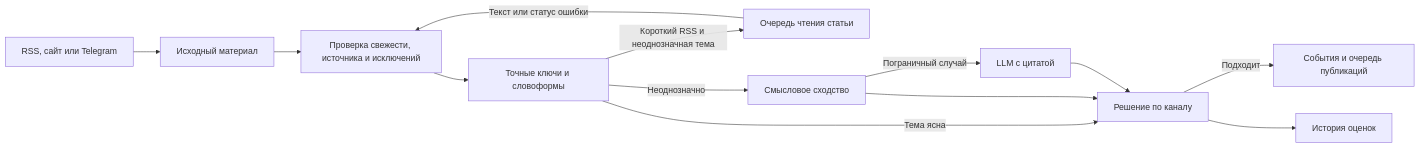
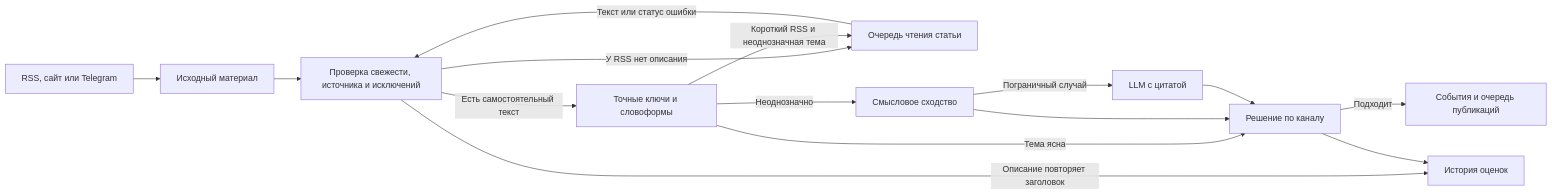
One commit to Kosmos440/smm_ag changed the diagram in docs/topic-classification.md. Above: the diagram before and after it, drawn with Mermaid. The commit also changed other lines of this file and 13 other files, not shown here.

````diff
--- a/docs/topic-classification.md
+++ b/docs/topic-classification.md
@@ -5,15 +5,17 @@
 ```mermaid
 flowchart LR
     A[RSS, сайт или Telegram] --> B[Исходный материал]
     B --> C[Проверка свежести, источника и исключений]
-    C --> D[Точные ключи и словоформы]
+    C -->|Есть самостоятельный текст| D[Точные ключи и словоформы]
+    C -->|Описание повторяет заголовок| J
+    C -->|У RSS нет описания| E
     D -->|Короткий RSS и неоднозначная тема| E[Очередь чтения статьи]
     E -->|Текст или статус ошибки| C
     D -->|Тема ясна| H[Решение по каналу]
     D -->|Неоднозначно| F[Смысловое сходство]
     F -->|Пограничный случай| G[LLM с цитатой]
     F --> H
     G --> H
     H -->|Подходит| I[События и очередь публикаций]
     H --> J[История оценок]
 ```
````
